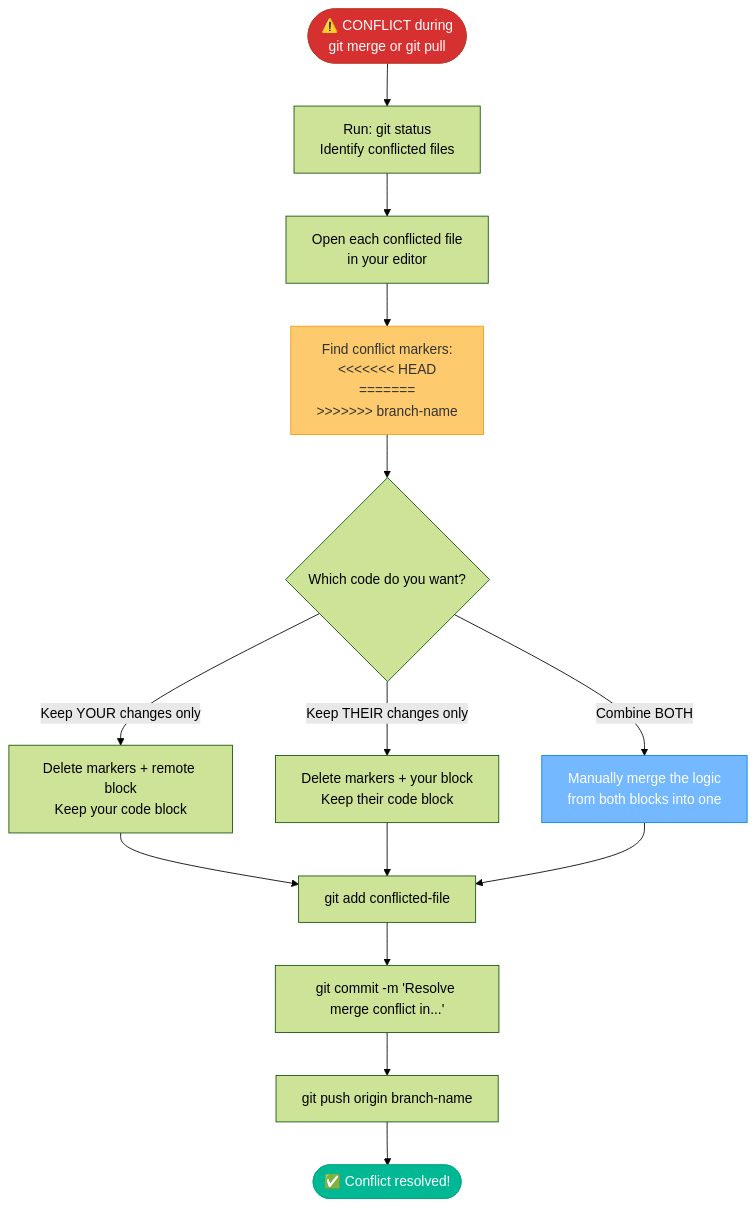
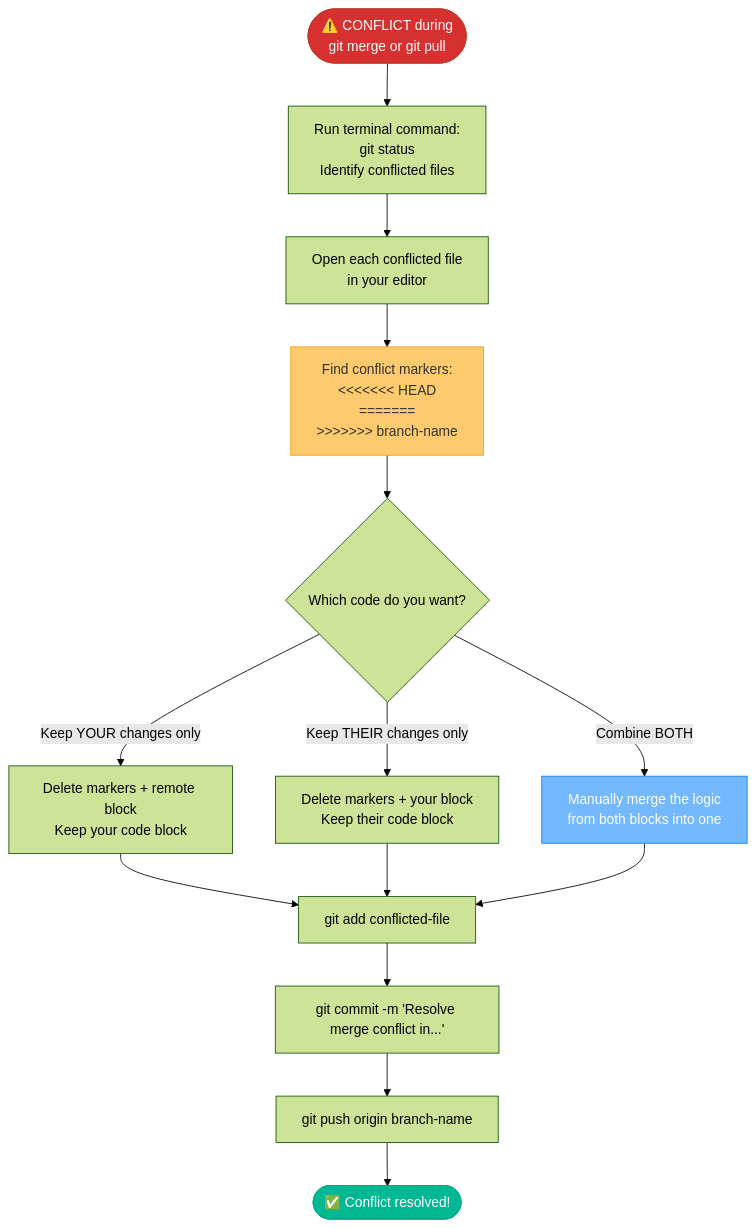
Diagram 19 of 22 in github/README.md (bharathkumar000/guides), drawn with Mermaid (forest theme) before and after one commit. The commit also changed other lines of this file, not shown here.

````diff
--- a/github/README.md
+++ b/github/README.md
@@ -982,21 +982,21 @@
 ```mermaid
 flowchart TD
-    Start(["⚠️ CONFLICT during\ngit merge or git pull"]) --> Status["Run: git status\nIdentify conflicted files"]
+    Start(["⚠️ CONFLICT during\ngit merge or git pull"]) --> Status["Run terminal command:\ngit status\nIdentify conflicted files"]
     Status --> Open["Open each conflicted file\nin your editor"]
     Open --> Find["Find conflict markers:\n<<<<<<< HEAD\n=======\n>>>>>>> branch-name"]
     Find --> Decide{"Which code do you want?"}
     Decide -->|"Keep YOUR changes only"| Yours["Delete markers + remote block\nKeep your code block"]
     Decide -->|"Keep THEIR changes only"| Theirs["Delete markers + your block\nKeep their code block"]
     Decide -->|"Combine BOTH"| Both["Manually merge the logic\nfrom both blocks into one"]
     Yours --> Stage["git add conflicted-file"]
     Theirs --> Stage
     Both --> Stage
     Stage --> Commit["git commit -m 'Resolve merge conflict in...'"]
     Commit --> Push["git push origin branch-name"]
     Push --> Done(["✅ Conflict resolved!"])
 
     style Start fill:#d63031,stroke:#c0392b,color:#fff
     style Find fill:#fdcb6e,stroke:#f39c12,color:#333
     style Done fill:#00b894,stroke:#00a884,color:#fff
     style Both fill:#74b9ff,stroke:#0984e3,color:#fff
 ```
````
